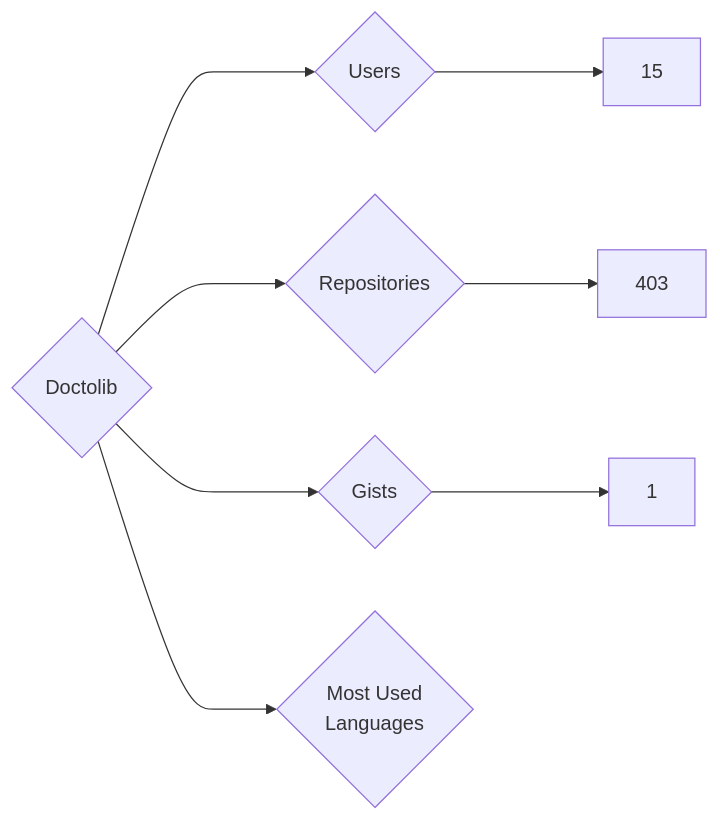
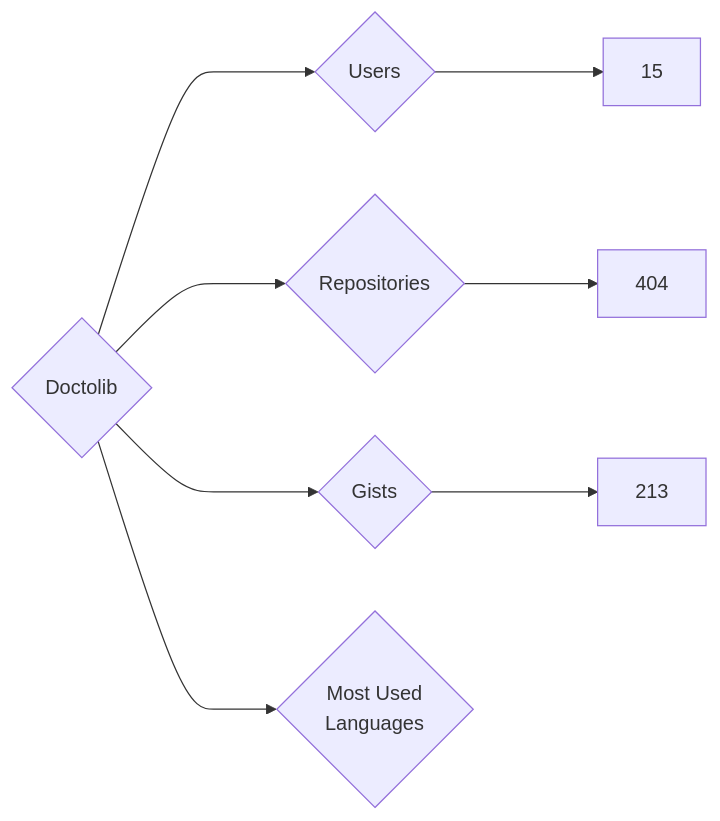
The diagram in targets/Doctolib/README.md (nenadzaric/insiders), drawn with Mermaid before and after one commit. The commit also changed 1342 other files, not shown here.

````diff
--- a/targets/Doctolib/README.md
+++ b/targets/Doctolib/README.md
@@ -3,8 +3,8 @@
 ```mermaid
 graph LR
 COMPANY_NAME{Doctolib}
 COMPANY_NAME ---> U{Users} ---> UN[15]
-COMPANY_NAME ---> R{Repositories} ---> RN[403]
-COMPANY_NAME ---> G{Gists} ---> GN[1]
+COMPANY_NAME ---> R{Repositories} ---> RN[404]
+COMPANY_NAME ---> G{Gists} ---> GN[213]
 COMPANY_NAME ---> ML{Most Used<br>Languages}
 ```
````
